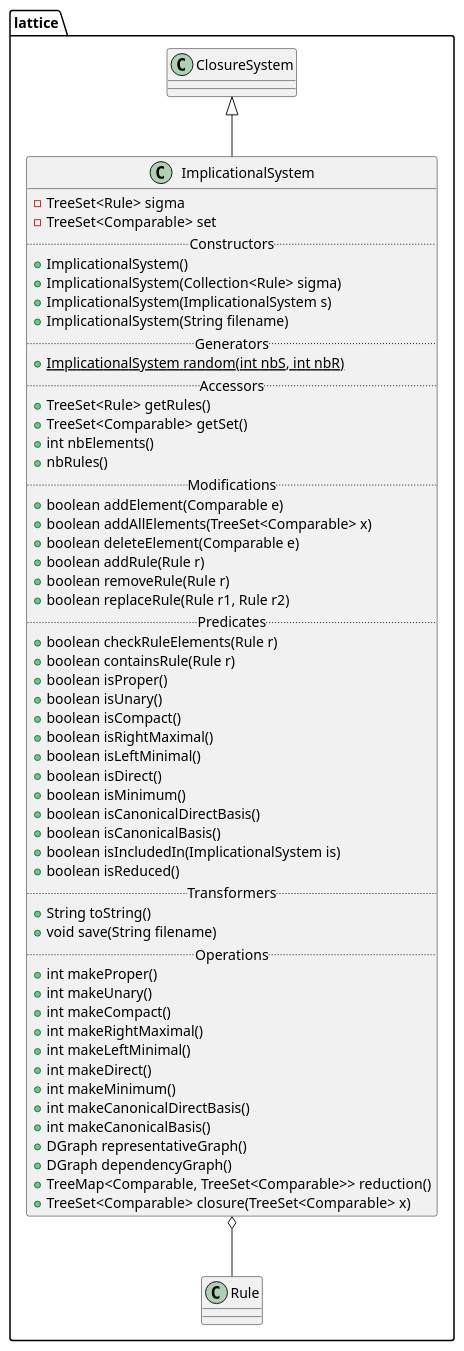
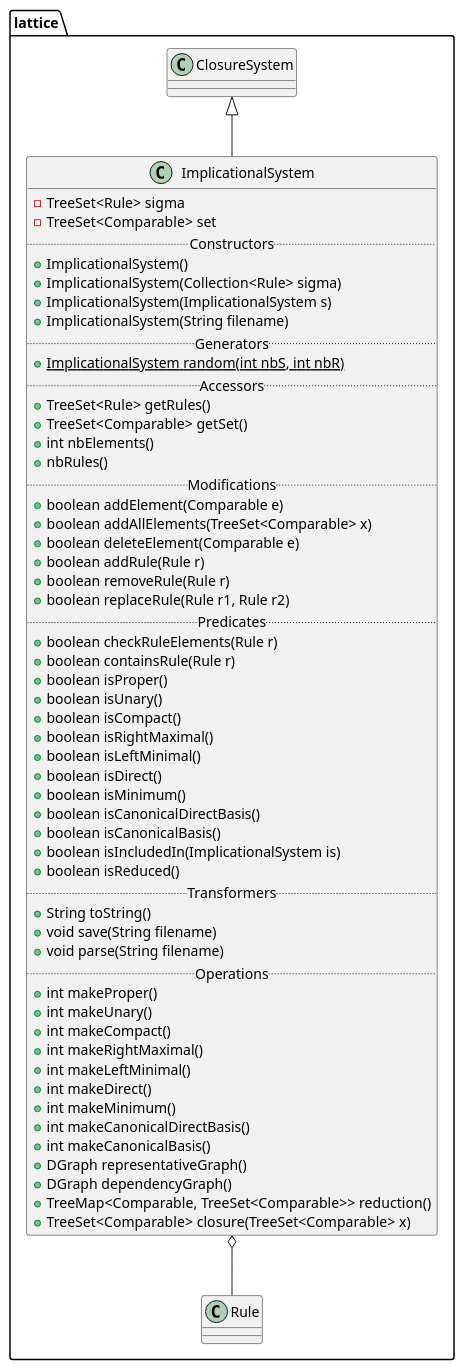
The diagram in src/lattice/ImplicationalSystem.iuml (thegalactic/java-lattices), drawn with PlantUML before and after one commit. The commit also changed 18 other files, not shown here.

```diff
--- a/src/lattice/ImplicationalSystem.iuml
+++ b/src/lattice/ImplicationalSystem.iuml
@@ -1,60 +1,61 @@
 package lattice {
     class ImplicationalSystem {
         -TreeSet<Rule> sigma
         -TreeSet<Comparable> set
         .. Constructors ..
         +ImplicationalSystem()
         +ImplicationalSystem(Collection<Rule> sigma)
         +ImplicationalSystem(ImplicationalSystem s)
         +ImplicationalSystem(String filename)
         .. Generators ..
         {static}+ImplicationalSystem random(int nbS, int nbR)
         .. Accessors ..
         +TreeSet<Rule> getRules()
         +TreeSet<Comparable> getSet()
         +int nbElements()
         +nbRules()
         .. Modifications ..
         +boolean addElement(Comparable e)
         +boolean addAllElements(TreeSet<Comparable> x)
         +boolean deleteElement(Comparable e)
         +boolean addRule(Rule r)
         +boolean removeRule(Rule r)
         +boolean replaceRule(Rule r1, Rule r2)
         .. Predicates ..
         +boolean checkRuleElements(Rule r)
         +boolean containsRule(Rule r)
         +boolean isProper()
         +boolean isUnary()
         +boolean isCompact()
         +boolean isRightMaximal()
         +boolean isLeftMinimal()
         +boolean isDirect()
         +boolean isMinimum()
         +boolean isCanonicalDirectBasis()
         +boolean isCanonicalBasis()
         +boolean isIncludedIn(ImplicationalSystem is)
         +boolean isReduced()
         .. Transformers ..
         +String toString()
         +void save(String filename)
+        +void parse(String filename)
         .. Operations ..
         +int makeProper()
         +int makeUnary()
         +int makeCompact()
         +int makeRightMaximal()
         +int makeLeftMinimal()
         +int makeDirect()
         +int makeMinimum()
         +int makeCanonicalDirectBasis()
         +int makeCanonicalBasis()
         +DGraph representativeGraph()
         +DGraph dependencyGraph()
         +TreeMap<Comparable, TreeSet<Comparable>> reduction()
         +TreeSet<Comparable> closure(TreeSet<Comparable> x)
     }
 
 
     ClosureSystem <|-- ImplicationalSystem
     ImplicationalSystem o-- Rule
 }
```
